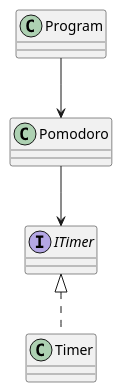
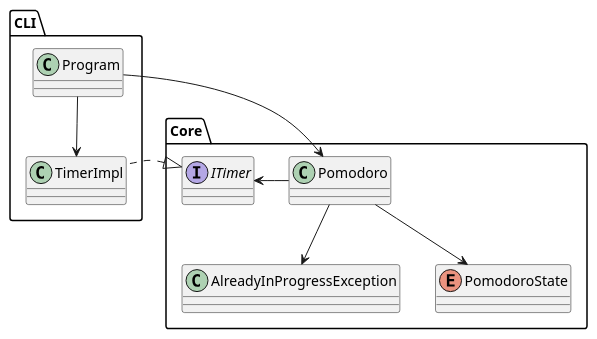
Before and after one commit to donnyroufs/pomodoro-csharp: the diagram in docs/components.puml, drawn with PlantUML. The commit also changed 18 other files, not shown here.

```diff
--- a/docs/components.puml
+++ b/docs/components.puml
@@ -1,14 +1,24 @@
 @startuml
-class Pomodoro
-interface ITimer
+namespace Core {
+    class Pomodoro
+    class AlreadyInProgressException
+    enum PomodoroState 
+    interface ITimer
 
 
-Pomodoro --> ITimer
+    Pomodoro -l> ITimer
+    Pomodoro --> PomodoroState
+    Pomodoro --> AlreadyInProgressException
+}
 
-class Timer implements ITimer
-class Program 
+namespace CLI {
+    class TimerImpl implements Core.ITimer
+    class Program 
+    
+    Program --> Core.Pomodoro
+    Program --> TimerImpl
+}
 
-Program --> Pomodoro
 
 
 @enduml
```
